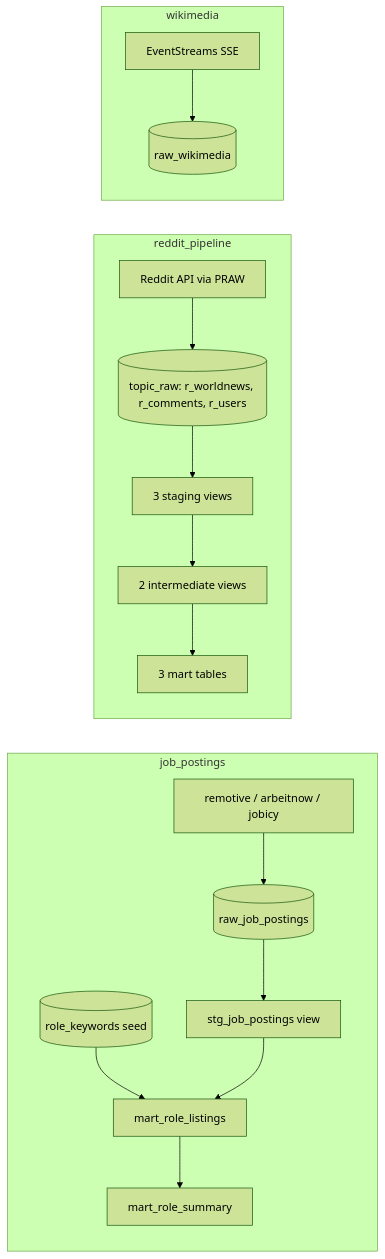
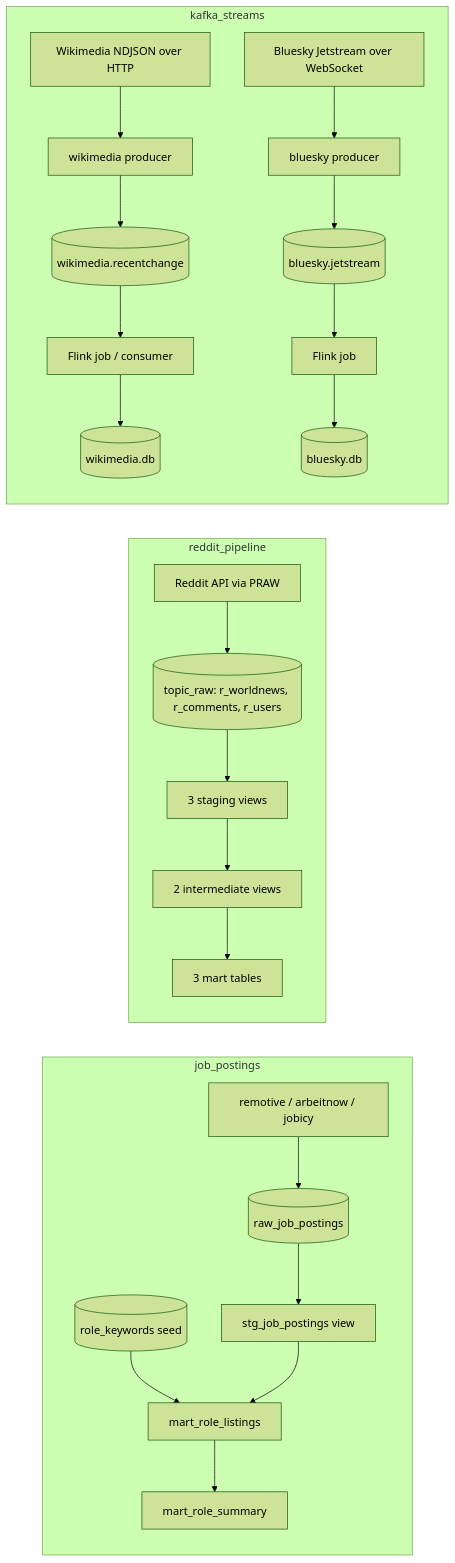
The diagram in AGENTS.md (AmanLP7/dbt), drawn with Mermaid (forest theme) before and after one commit. The commit also changed other lines of this file and 55 other files, not shown here.

````diff
--- a/AGENTS.md
+++ b/AGENTS.md
@@ -64,16 +96,17 @@
 ```mermaid
 flowchart LR
   subgraph JP[job_postings]
     J1[remotive / arbeitnow / jobicy] --> J2[(raw_job_postings)]
     J3[(role_keywords seed)] --> J5[mart_role_listings]
     J2 --> J4[stg_job_postings view] --> J5
     J5 --> J6[mart_role_summary]
   end
   subgraph RD[reddit_pipeline]
     R1[Reddit API via PRAW] --> R2[(topic_raw: r_worldnews, r_comments, r_users)]
     R2 --> R3[3 staging views] --> R4[2 intermediate views] --> R5[3 mart tables]
   end
-  subgraph WM[wikimedia]
-    W1[EventStreams SSE] --> W2[(raw_wikimedia)]
+  subgraph KS[kafka_streams]
+    K1[Wikimedia NDJSON over HTTP] --> K2[wikimedia producer] --> K3[(wikimedia.recentchange)] --> K4[Flink job / consumer] --> K5[(wikimedia.db)]
+    K6[Bluesky Jetstream over WebSocket] --> K7[bluesky producer] --> K8[(bluesky.jetstream)] --> K9[Flink job] --> K10[(bluesky.db)]
   end
 ```
````
